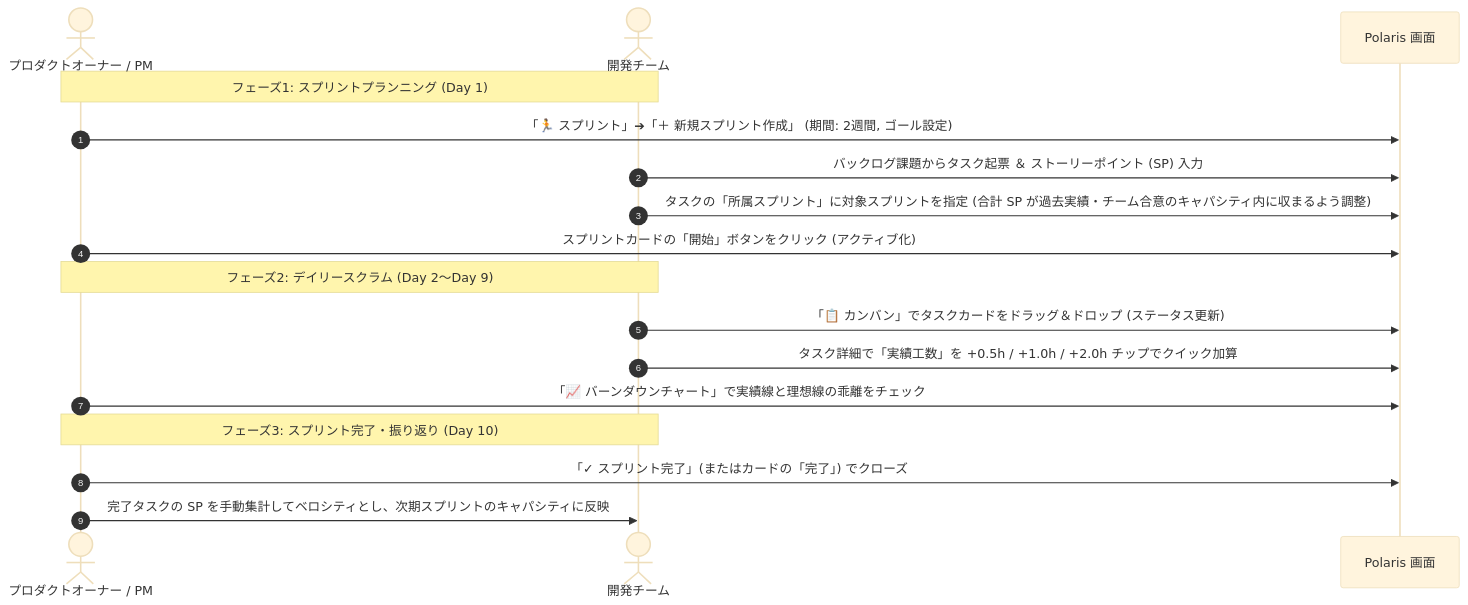
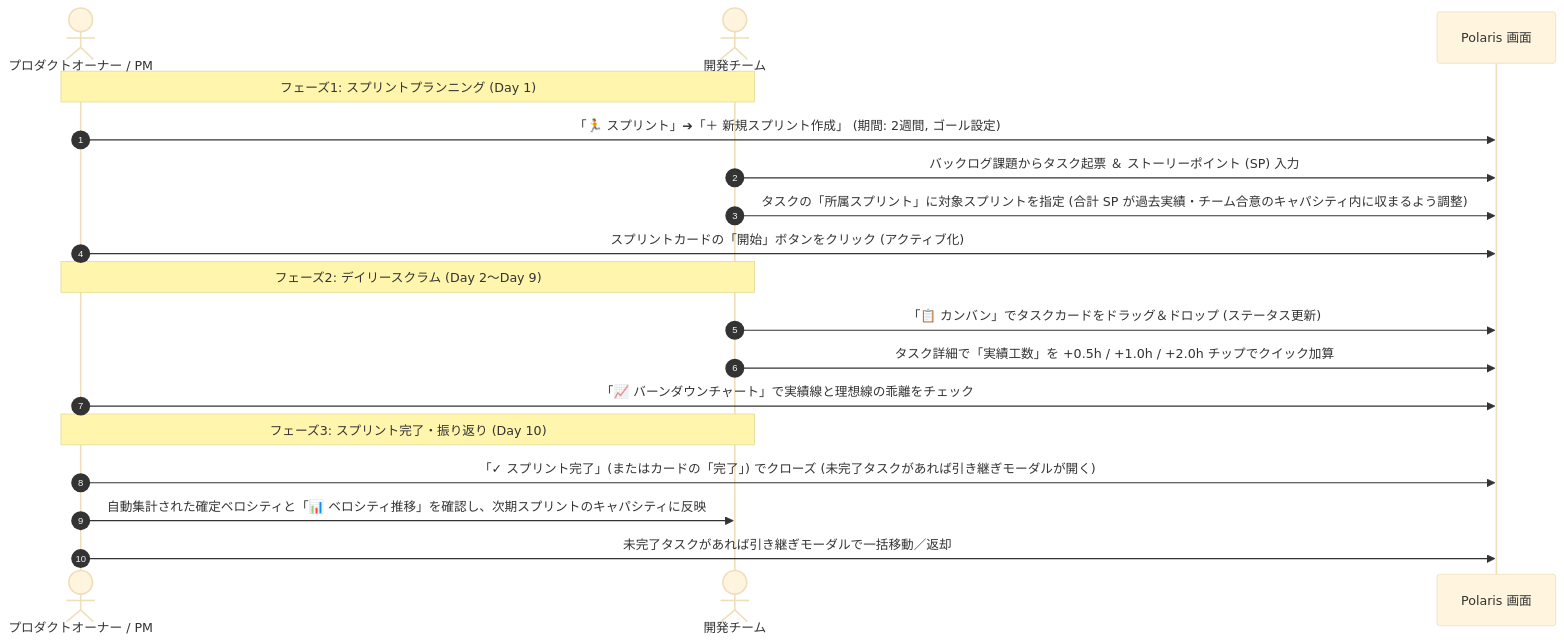
Before and after one commit to takayoshi-u/polaris: the second of 2 diagrams in docs/scrum_starter_guide.md, drawn with Mermaid (base theme). The commit also changed other lines of this file and 18 other files, not shown here.

````diff
--- a/docs/scrum_starter_guide.md
+++ b/docs/scrum_starter_guide.md
@@ -95,22 +95,23 @@
 ```mermaid
 sequenceDiagram
     autonumber
     actor PM as プロダクトオーナー / PM
     actor Dev as 開発チーム
     participant UI as Polaris 画面
 
     Note over PM, Dev: フェーズ1: スプリントプランニング (Day 1)
     PM->>UI: 「🏃 スプリント」➔「＋ 新規スプリント作成」 (期間: 2週間, ゴール設定)
     Dev->>UI: バックログ課題からタスク起票 ＆ ストーリーポイント (SP) 入力
     Dev->>UI: タスクの「所属スプリント」に対象スプリントを指定 (合計 SP が過去実績・チーム合意のキャパシティ内に収まるよう調整)
     PM->>UI: スプリントカードの「開始」ボタンをクリック (アクティブ化)
 
     Note over PM, Dev: フェーズ2: デイリースクラム (Day 2〜Day 9)
     Dev->>UI: 「📋 カンバン」でタスクカードをドラッグ＆ドロップ (ステータス更新)
     Dev->>UI: タスク詳細で「実績工数」を +0.5h / +1.0h / +2.0h チップでクイック加算
     PM->>UI: 「📈 バーンダウンチャート」で実績線と理想線の乖離をチェック
 
     Note over PM, Dev: フェーズ3: スプリント完了・振り返り (Day 10)
-    PM->>UI: 「✓ スプリント完了」(またはカードの「完了」) でクローズ
-    PM->>Dev: 完了タスクの SP を手動集計してベロシティとし、次期スプリントのキャパシティに反映
+    PM->>UI: 「✓ スプリント完了」(またはカードの「完了」) でクローズ (未完了タスクがあれば引き継ぎモーダルが開く)
+    PM->>Dev: 自動集計された確定ベロシティと「📊 ベロシティ推移」を確認し、次期スプリントのキャパシティに反映
+    PM->>UI: 未完了タスクがあれば引き継ぎモーダルで一括移動／返却
 ```
````
